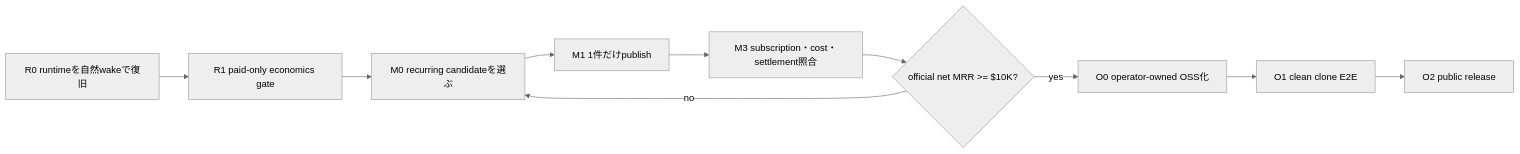
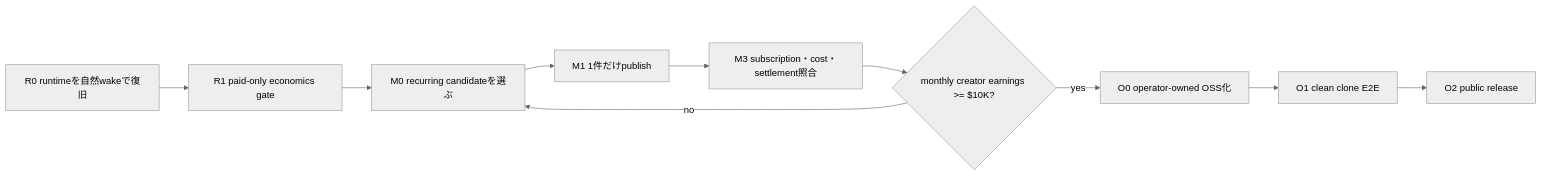
One commit to Daisuke134/life-manager changed the first of 6 diagrams in specs/29-CAPAFY-10K-MRR-CLOSED-LOOP.md. Above: the diagram before and after it, drawn with Mermaid (neutral theme). The commit also changed other lines of this file, not shown here.

Commit message:
docs(capafy): make monthly revenue primary KPI

````diff
--- a/specs/29-CAPAFY-10K-MRR-CLOSED-LOOP.md
+++ b/specs/29-CAPAFY-10K-MRR-CLOSED-LOOP.md
@@ -13,12 +17,12 @@
 ```mermaid
 flowchart LR
   R0["R0 runtimeを自然wakeで復旧"] --> R1["R1 paid-only economics gate"]
   R1 --> M0["M0 recurring candidateを選ぶ"]
   M0 --> M1["M1 1件だけpublish"]
   M1 --> M3["M3 subscription・cost・settlement照合"]
-  M3 --> M4{"official net MRR >= $10K?"}
+  M3 --> M4{"monthly creator earnings >= $10K?"}
   M4 -- no --> M0
   M4 -- yes --> O0["O0 operator-owned OSS化"]
   O0 --> O1["O1 clean clone E2E"]
   O1 --> O2["O2 public release"]
 ```
````
